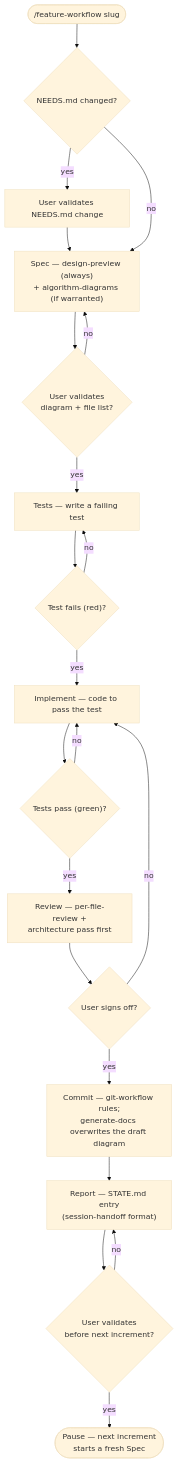
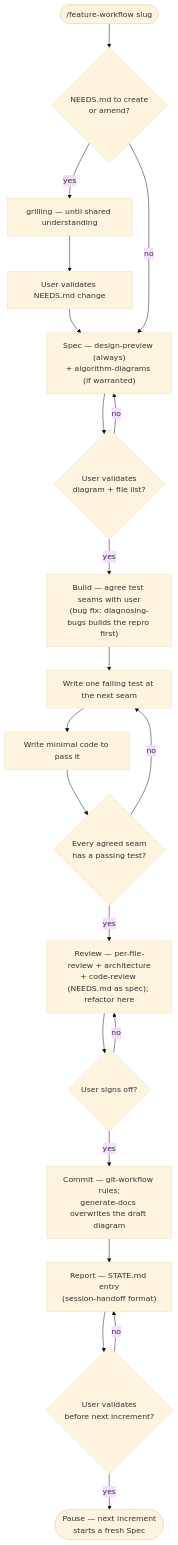
One commit to Boulede987/dotfiles-claude changed the diagram in README.md. Above: the diagram before and after it, drawn with Mermaid (base theme). The commit also changed other lines of this file and 4 other files, not shown here.

First line of the commit message:
feat(skills): add grilling and code-review to feature-workflow

````diff
--- a/README.md
+++ b/README.md
@@ -73,23 +73,33 @@
 ```mermaid
 flowchart TD
-    Start(["/feature-workflow slug"]) --> NeedsCheck{"NEEDS.md changed?"}
-    NeedsCheck -- yes --> ValidateNeeds["User validates NEEDS.md change"]
+    Start(["/feature-workflow slug"]) --> NeedsCheck{"NEEDS.md to create
+or amend?"}
+    NeedsCheck -- yes --> Grill["grilling — until shared understanding"]
+    Grill --> ValidateNeeds["User validates NEEDS.md change"]
     ValidateNeeds --> Spec
-    NeedsCheck -- no --> Spec["Spec — design-preview (always)\n+ algorithm-diagrams (if warranted)"]
-    Spec --> GateSpec{"User validates\ndiagram + file list?"}
+    NeedsCheck -- no --> Spec["Spec — design-preview (always)
++ algorithm-diagrams (if warranted)"]
+    Spec --> GateSpec{"User validates
+diagram + file list?"}
     GateSpec -- no --> Spec
-    GateSpec -- yes --> Tests["Tests — write a failing test"]
-    Tests --> GateTests{"Test fails (red)?"}
-    GateTests -- no --> Tests
-    GateTests -- yes --> Implement["Implement — code to pass the test"]
-    Implement --> GateImpl{"Tests pass (green)?"}
-    GateImpl -- no --> Implement
-    GateImpl -- yes --> Review["Review — per-file-review +\narchitecture pass first"]
+    GateSpec -- yes --> Seams["Build — agree test seams with user
+(bug fix: diagnosing-bugs builds the repro first)"]
+    Seams --> Red["Write one failing test at the next seam"]
+    Red --> Green["Write minimal code to pass it"]
+    Green --> GateBuild{"Every agreed seam
+has a passing test?"}
+    GateBuild -- no --> Red
+    GateBuild -- yes --> Review["Review — per-file-review + architecture
++ code-review (NEEDS.md as spec); refactor here"]
     Review --> GateReview{"User signs off?"}
-    GateReview -- no --> Implement
-    GateReview -- yes --> Commit["Commit — git-workflow rules;\ngenerate-docs overwrites the draft diagram"]
-    Commit --> Report["Report — STATE.md entry\n(session-handoff format)"]
-    Report --> GateReport{"User validates\nbefore next increment?"}
+    GateReview -- no --> Review
+    GateReview -- yes --> Commit["Commit — git-workflow rules;
+generate-docs overwrites the draft diagram"]
+    Commit --> Report["Report — STATE.md entry
+(session-handoff format)"]
+    Report --> GateReport{"User validates
+before next increment?"}
     GateReport -- no --> Report
-    GateReport -- yes --> Pause(["Pause — next increment\nstarts a fresh Spec"])
+    GateReport -- yes --> Pause(["Pause — next increment
+starts a fresh Spec"])
 ```
````
